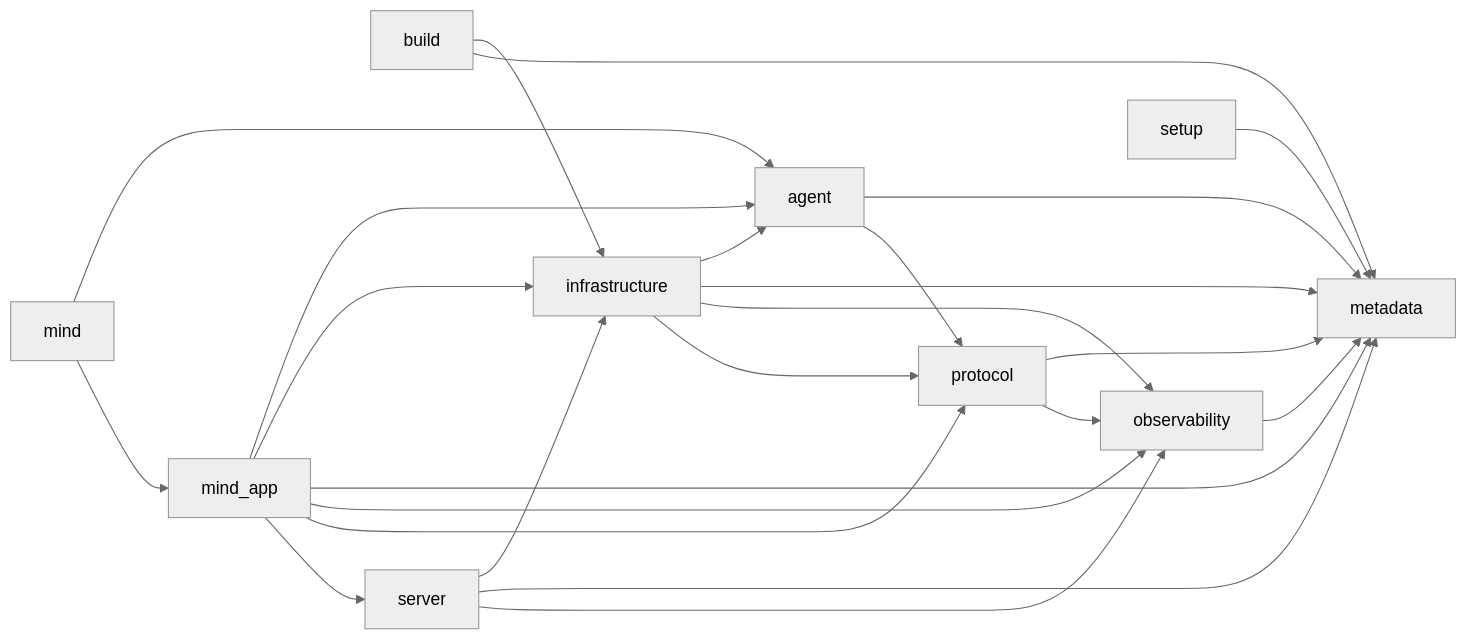
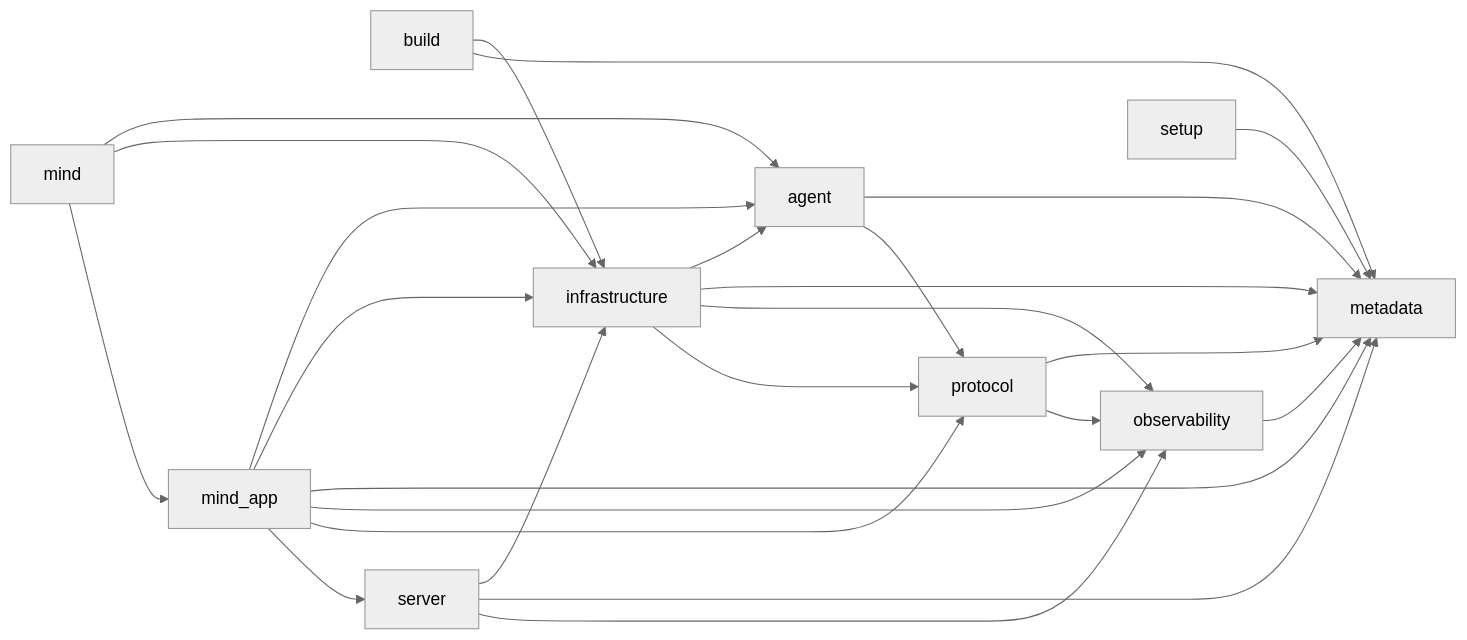
The diagram in AGENT_RUNTIME_IMPORT_GRAPH.md (AxionixLabs/ProxyMind), drawn with Mermaid (neutral theme) before and after one commit. The commit also changed other lines of this file and 10 other files, not shown here.

````diff
--- a/AGENT_RUNTIME_IMPORT_GRAPH.md
+++ b/AGENT_RUNTIME_IMPORT_GRAPH.md
@@ -15,26 +15,27 @@
 ```mermaid
 flowchart LR
     agent --> metadata
     agent --> protocol
     build --> infrastructure
     build --> metadata
     infrastructure --> agent
     infrastructure --> metadata
     infrastructure --> observability
     infrastructure --> protocol
     mind --> agent
+    mind --> infrastructure
     mind --> mind_app
     mind_app --> agent
     mind_app --> infrastructure
     mind_app --> metadata
     mind_app --> observability
     mind_app --> protocol
     mind_app --> server
     observability --> metadata
     protocol --> metadata
     protocol --> observability
     server --> infrastructure
     server --> metadata
     server --> observability
     setup --> metadata
 ```
````
